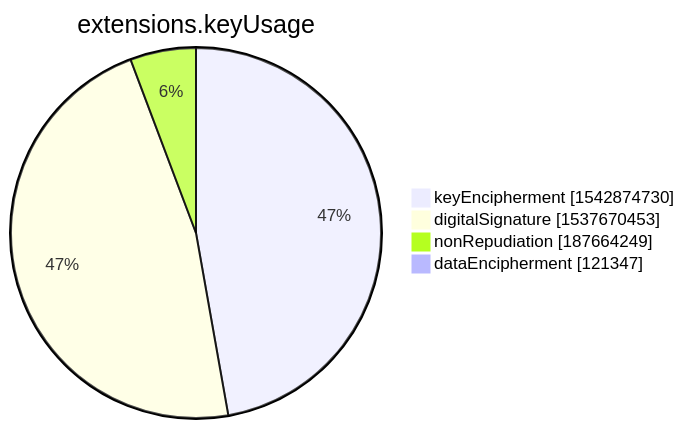
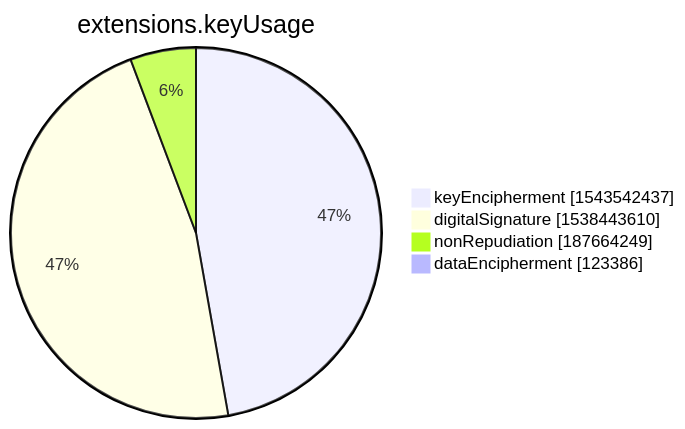
The seventh of 15 diagrams in xenon2022/README.md (christiankrug/ctmonitor_visualization), drawn with Mermaid before and after one commit. The commit also changed other lines of this file, not shown here.

````diff
--- a/xenon2022/README.md
+++ b/xenon2022/README.md
@@ -2851,8 +2851,8 @@
 ```mermaid
 pie showData
 title extensions.keyUsage
-"keyEncipherment" :1542874730
-"digitalSignature" :1537670453
+"keyEncipherment" :1543542437
+"digitalSignature" :1538443610
 "nonRepudiation" :187664249
-"dataEncipherment" :121347
+"dataEncipherment" :123386
 ```
````
